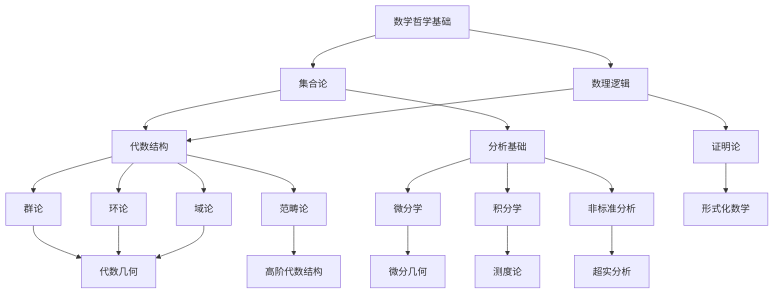
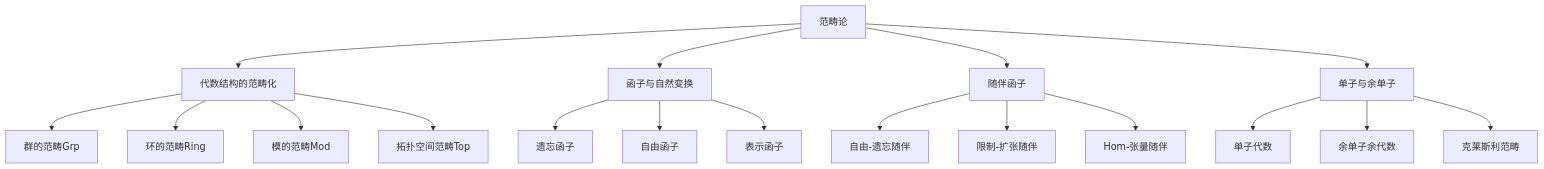
One commit to AdaMartin18010/Mathematics changed the eighth of 9 diagrams in Math/Refactor/00-项目总览/01-知识图谱分析.md. Above: the diagram before and after it, drawn with Mermaid. The commit also changed other lines of this file and 25 other files, not shown here.

````diff
--- a/Math/Refactor/00-项目总览/01-知识图谱分析.md
+++ b/Math/Refactor/00-项目总览/01-知识图谱分析.md
@@ -266,24 +498,24 @@
 ```mermaid
 graph TD
-    A[数学哲学基础] --> B[集合论]
-    A --> C[数理逻辑]
-    B --> D[代数结构]
-    B --> E[分析基础]
-    C --> D
-    C --> F[证明论]
-    D --> G[群论]
-    D --> H[环论]
-    D --> I[域论]
-    D --> J[范畴论]
-    E --> K[微分学]
-    E --> L[积分学]
-    E --> M[非标准分析]
-    F --> N[形式化数学]
-    G --> O[代数几何]
-    H --> O
-    I --> O
-    J --> P[高阶代数结构]
-    K --> Q[微分几何]
-    L --> R[测度论]
-    M --> S[超实分析]
+    A[范畴论] --> B[代数结构的范畴化]
+    A --> C[函子与自然变换]
+    A --> D[随伴函子]
+    A --> E[单子与余单子]
+    
+    B --> B1[群的范畴Grp]
+    B --> B2[环的范畴Ring]
+    B --> B3[模的范畴Mod]
+    B --> B4[拓扑空间范畴Top]
+    
+    C --> C1[遗忘函子]
+    C --> C2[自由函子]
+    C --> C3[表示函子]
+    
+    D --> D1[自由-遗忘随伴]
+    D --> D2[限制-扩张随伴]
+    D --> D3[Hom-张量随伴]
+    
+    E --> E1[单子代数]
+    E --> E2[余单子余代数]
+    E --> E3[克莱斯利范畴]
 ```
````
